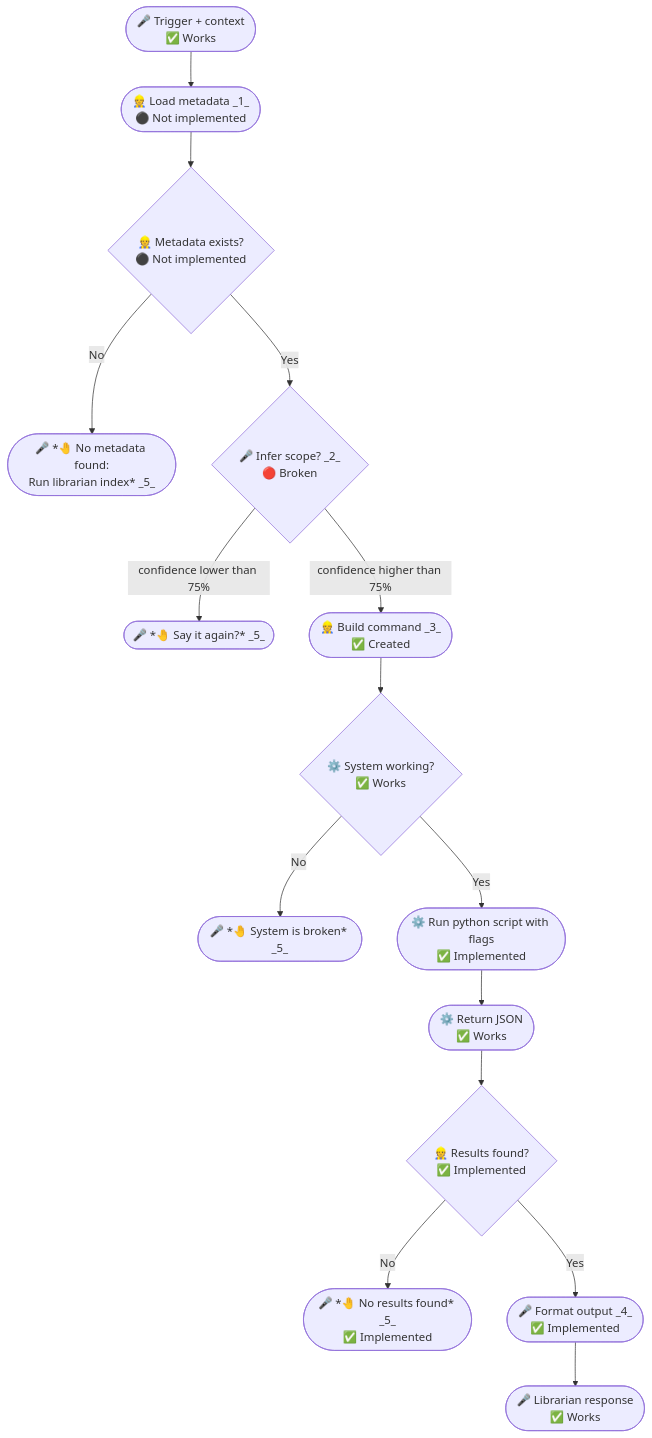
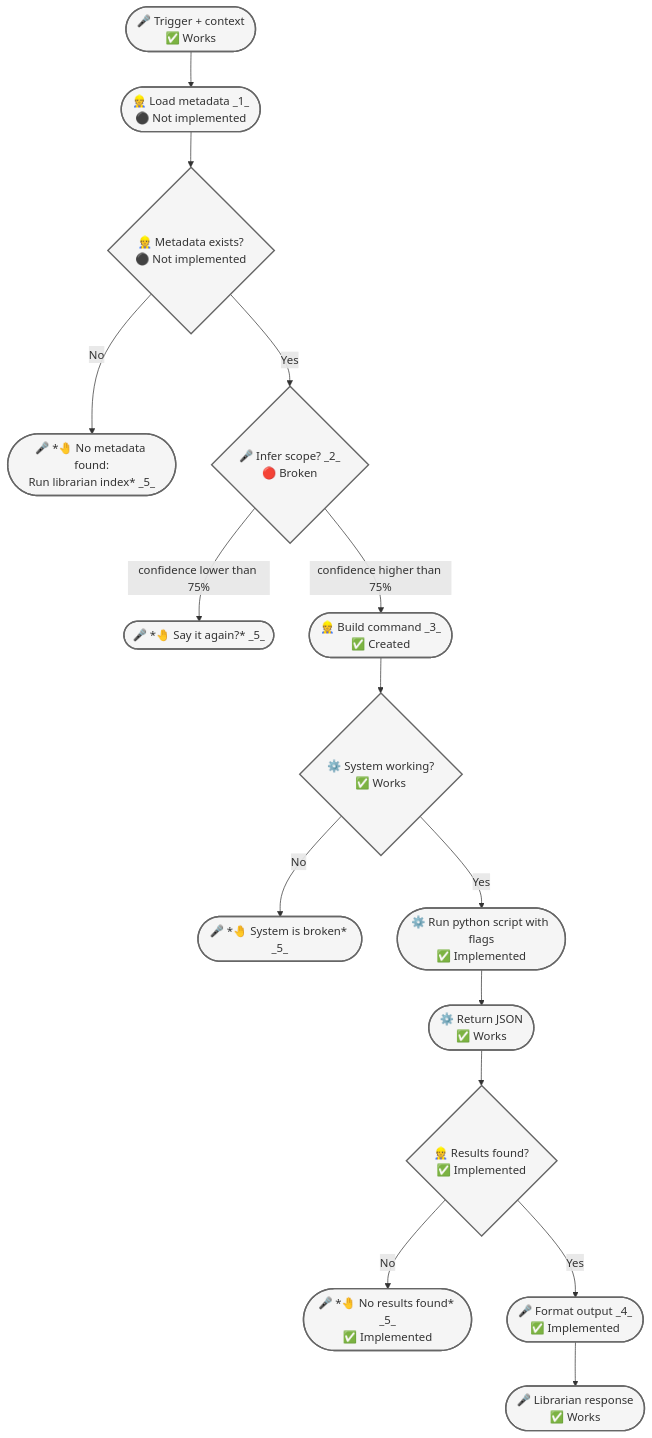
One commit to nonlinear/librarian changed the first of 2 diagrams in backstage/epic-notes/v0.15.0-skill-protocol.md. Above: the diagram before and after it, drawn with Mermaid.

Commit message:
contract: Add classDef default (hardcoded colors matching CSS vars)

````diff
--- a/backstage/epic-notes/v0.15.0-skill-protocol.md
+++ b/backstage/epic-notes/v0.15.0-skill-protocol.md
@@ -15,25 +15,27 @@
 ```mermaid
 flowchart TB
     TRIGGER(["🎤 Trigger + context<br/>✅ Works"]):::developed
     TRIGGER --> METADATA(["👷 Load metadata _1_<br/>⚫ Not implemented"]):::default
     METADATA --> CHECK{"👷 Metadata exists?<br/>⚫ Not implemented"}:::default
     
     CHECK -->|No| ERROR(["🎤 *🤚 No metadata found:<br>Run librarian index* _5_"]):::approved
     CHECK -->|Yes| INFER{"🎤 Infer scope? _2_<br/>🔴 Broken"}:::blocker
     
     INFER -->|confidence lower than 75%| CLARIFY(["🎤 *🤚 Say it again?* _5_"]):::approved
     INFER -->|confidence higher than 75%| BUILD(["👷 Build command _3_<br/>✅ Created"]):::developed
     
     BUILD --> CHECK_SYSTEM{"⚙️ System working?<br/>✅ Works"}:::developed
     
     CHECK_SYSTEM -->|No| BROKEN(["🎤 *🤚 System is broken* _5_"]):::approved
     CHECK_SYSTEM -->|Yes| EXEC(["⚙️ Run python script with flags<br/>✅ Implemented"]):::developed
     
     EXEC --> JSON(["⚙️ Return JSON<br/>✅ Works"]):::developed
     JSON --> CHECK_RESULTS{"👷 Results found?<br/>✅ Implemented"}:::developed
     
     CHECK_RESULTS -->|No| EMPTY(["🎤 *🤚 No results found* _5_<br/>✅ Implemented"]):::developed
     CHECK_RESULTS -->|Yes| FORMAT(["🎤 Format output _4_<br/>✅ Implemented"]):::developed
     
     FORMAT --> RESPONSE(["🎤 Librarian response<br/>✅ Works"]):::developed
+    
+    classDef default fill:#f5f5f5,stroke:#666,stroke-width:2px
 ```
````
